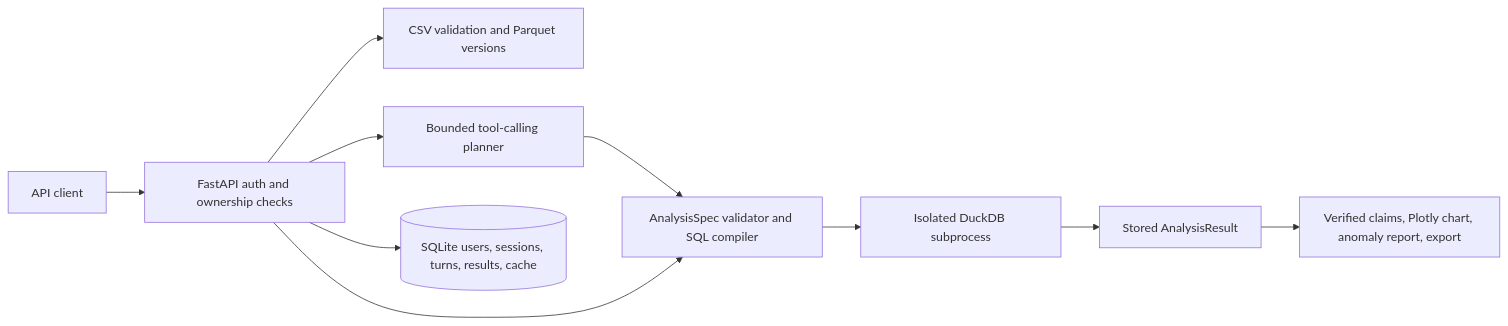
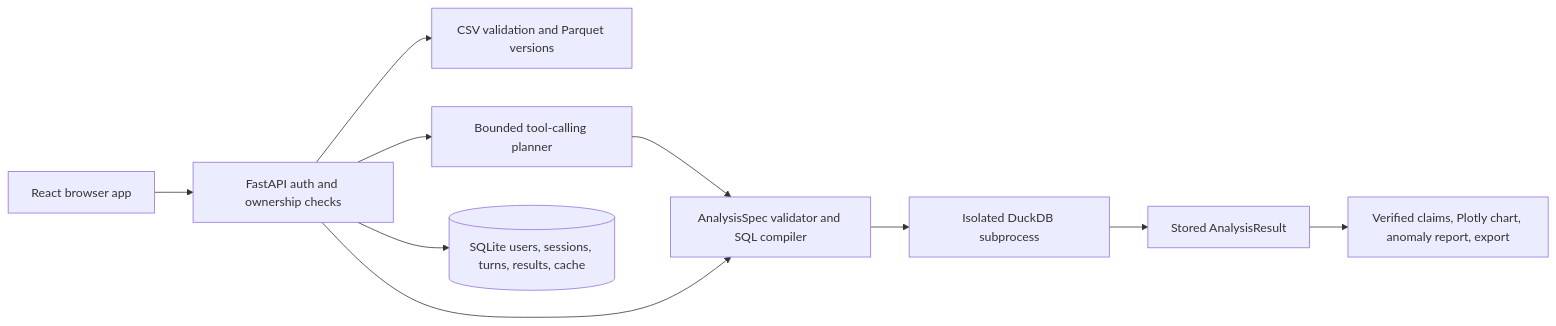
One commit to Cyril-36/tally-ai-data-analyst changed the diagram in README.md. Above: the diagram before and after it, drawn with Mermaid. The commit also changed other lines of this file and 63 other files, not shown here.

Commit message:
feat: budget_exhausted outcome, schema-driven agent guards, transfer holdout eval, live eval diagnostics

````diff
--- a/README.md
+++ b/README.md
@@ -55,12 +55,12 @@
 ```mermaid
 flowchart LR
-    Client[API client] --> API[FastAPI auth and ownership checks]
+    Client[React browser app] --> API[FastAPI auth and ownership checks]
     API --> Ingest[CSV validation and Parquet versions]
     API --> Agent[Bounded tool-calling planner]
     Agent --> Spec[AnalysisSpec validator and SQL compiler]
     API --> Spec
     Spec --> Worker[Isolated DuckDB subprocess]
     Worker --> Result[Stored AnalysisResult]
     Result --> Views[Verified claims, Plotly chart, anomaly report, export]
     API --> SQLite[(SQLite users, sessions, turns, results, cache)]
 ```
````
